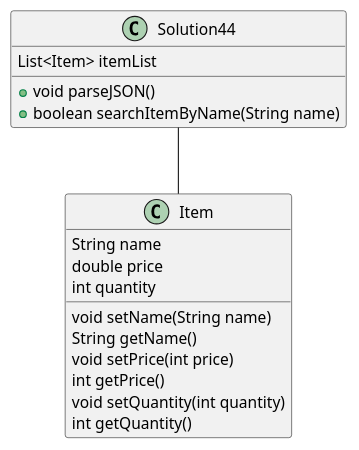
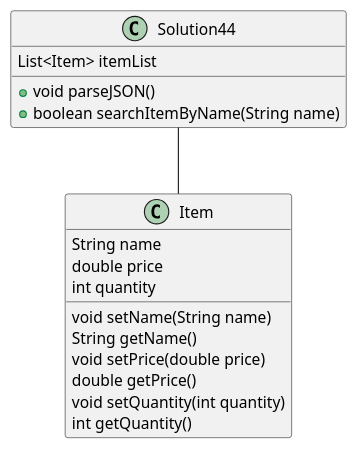
Before and after one commit to drumman22/grossman-a04: the diagram in exercise44/docs/ex44.puml, drawn with PlantUML. The commit also changed 10 other files, not shown here.

```diff
--- a/exercise44/docs/ex44.puml
+++ b/exercise44/docs/ex44.puml
@@ -1,25 +1,25 @@
 @startuml
 
 class Item {
     String name
     double price
     int quantity
 }
 
 Item : void setName(String name)
 Item : String getName()
-Item : void setPrice(int price)
-Item : int getPrice()
+Item : void setPrice(double price)
+Item : double getPrice()
 Item : void setQuantity(int quantity)
 Item : int getQuantity()
 
 class Solution44 {
     List<Item> itemList
 }
 
 Solution44 : + void parseJSON()
 Solution44 : + boolean searchItemByName(String name)
 
 Solution44 -- Item
 
 @enduml
```
